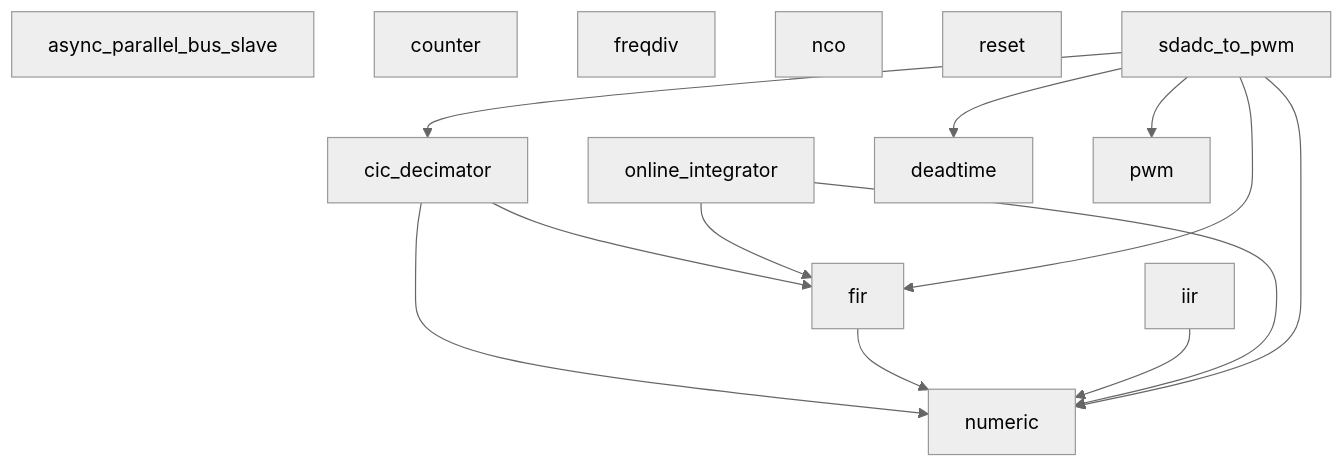
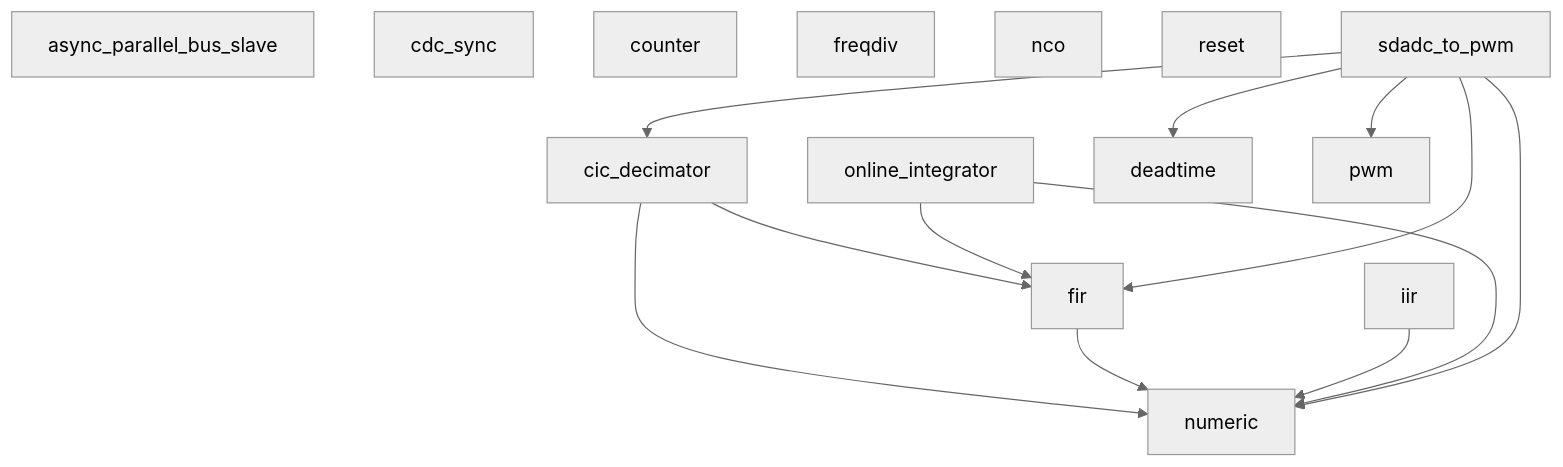
The diagram in README.md (Zubax/kulibin), drawn with Mermaid (neutral theme) before and after one commit. The commit also changed other lines of this file and 16 other files, not shown here.

````diff
--- a/README.md
+++ b/README.md
@@ -35,20 +37,21 @@
 ```mermaid
 graph TD
     %% auto-generated by hierarchy.py — do not edit
     async_parallel_bus_slave
+    cdc_sync
     cic_decimator --> fir
     cic_decimator --> numeric
     counter
     fir --> numeric
     freqdiv
     iir --> numeric
     nco
     online_integrator --> fir
     online_integrator --> numeric
     reset
     sdadc_to_pwm --> cic_decimator
     sdadc_to_pwm --> deadtime
     sdadc_to_pwm --> fir
     sdadc_to_pwm --> numeric
     sdadc_to_pwm --> pwm
 ```
````
